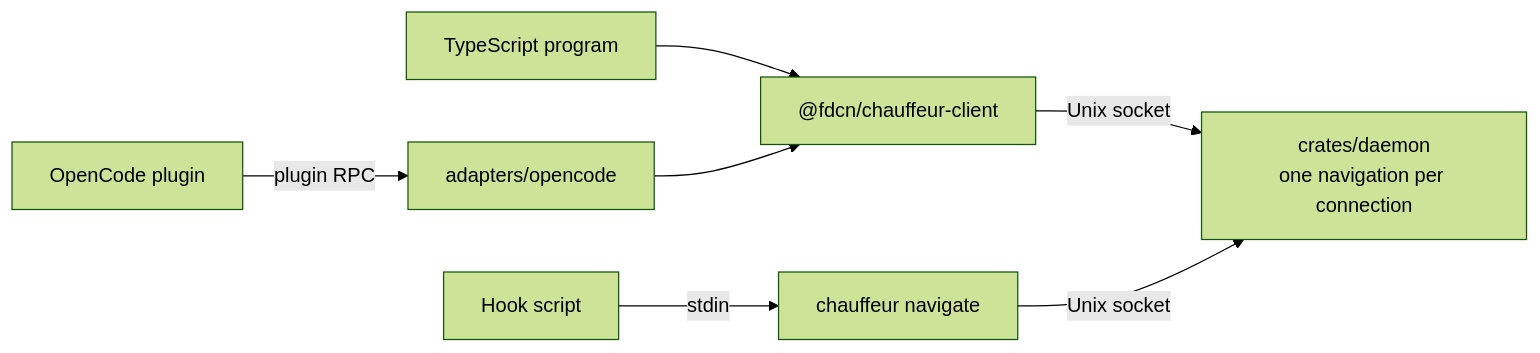
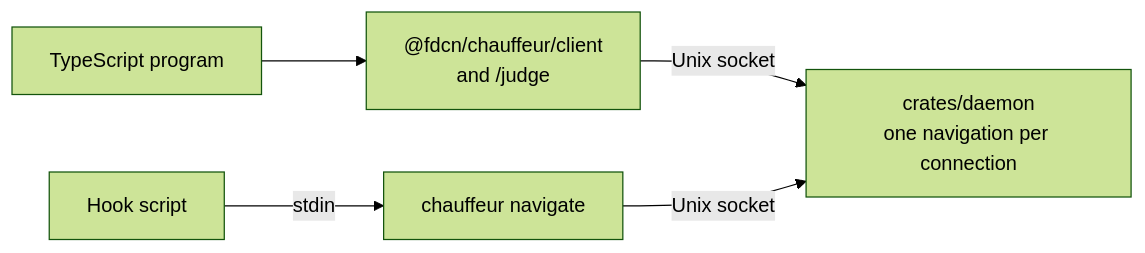
Diagram 14 of 14 in docs/plans/pluggability.md (StevenJPx2/chauffeur), drawn with Mermaid (forest theme) before and after one commit. The commit also changed other lines of this file and 1 other file, not shown here.

First line of the commit message:
docs(plans): engine, facts, plugins and adapters; generic questions and results

````diff
--- a/docs/plans/pluggability.md
+++ b/docs/plans/pluggability.md
@@ -976,9 +1393,7 @@
 ```mermaid
 flowchart LR
-    Program["TypeScript program"] --> Client["@fdcn/chauffeur-client"]
-    Plugin["OpenCode plugin"] -- "plugin RPC" --> OpenCode["adapters/opencode"]
-    OpenCode --> Client
+    Program["TypeScript program"] --> Client["@fdcn/chauffeur/client<br/>and /judge"]
     Script["Hook script"] -- "stdin" --> Cli["chauffeur navigate"]
     Client -- "Unix socket" --> Daemon["crates/daemon<br/>one navigation per connection"]
     Cli -- "Unix socket" --> Daemon
 ```
````
